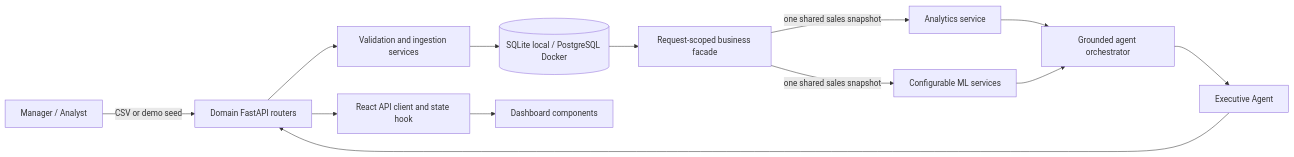
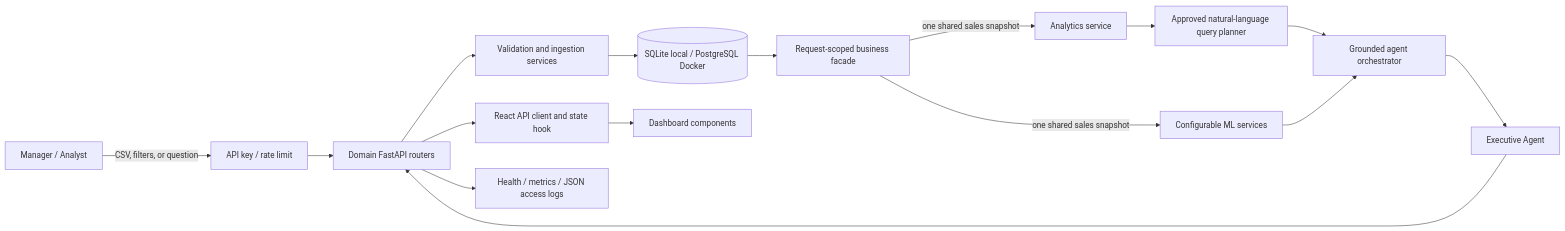
The diagram in docs/architecture.md (QihuiPan/enterprise-ai-bi), drawn with Mermaid before and after one commit. The commit also changed other lines of this file and 80 other files, not shown here.

Commit message:
Complete enterprise BI roadmap and production hardening

````diff
--- a/docs/architecture.md
+++ b/docs/architecture.md
@@ -5,15 +5,18 @@
 ```mermaid
 flowchart LR
-    U[Manager / Analyst] -->|CSV or demo seed| API[Domain FastAPI routers]
+    U[Manager / Analyst] -->|CSV, filters, or question| G[API key / rate limit]
+    G --> API[Domain FastAPI routers]
     API --> V[Validation and ingestion services]
     V --> DB[(SQLite local / PostgreSQL Docker)]
     DB --> B[Request-scoped business facade]
     B -->|one shared sales snapshot| A[Analytics service]
     B -->|one shared sales snapshot| M[Configurable ML services]
-    A --> O[Grounded agent orchestrator]
+    A --> Q[Approved natural-language query planner]
+    Q --> O[Grounded agent orchestrator]
     M --> O
     O --> E[Executive Agent]
     API --> UI[React API client and state hook]
     UI --> C[Dashboard components]
     E --> API
+    API --> H[Health / metrics / JSON access logs]
 ```
````
